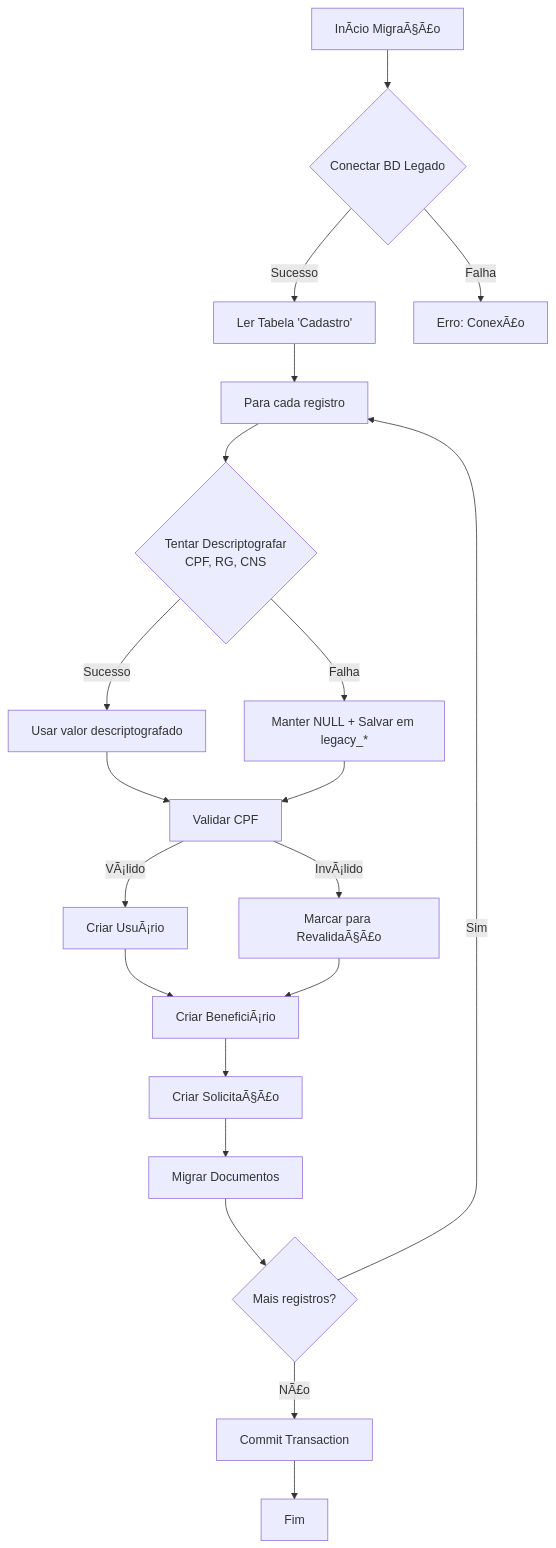
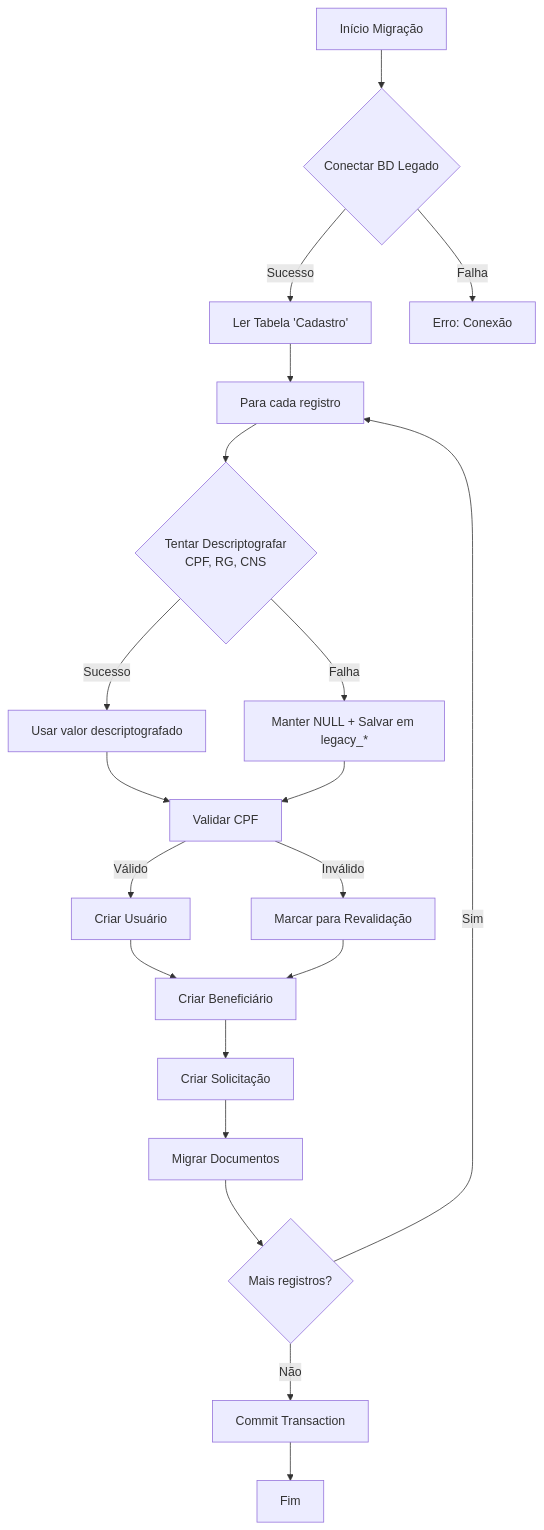
One commit to vhpontes/portal-inclusao-showcase changed the second of 2 diagrams in docs/architecture/database_schema.md. Above: the diagram before and after it, drawn with Mermaid. The commit also changed other lines of this file and 17 other files, not shown here.

````diff
--- a/docs/architecture/database_schema.md
+++ b/docs/architecture/database_schema.md
@@ -215,29 +215,29 @@
 ```mermaid
 flowchart TD
-    A[InÃ­cio MigraÃ§Ã£o] --> B{Conectar BD Legado}
+    A[Início Migração] --> B{Conectar BD Legado}
     B -->|Sucesso| C[Ler Tabela 'Cadastro']
-    B -->|Falha| Z[Erro: ConexÃ£o]
+    B -->|Falha| Z[Erro: Conexão]
     
     C --> D[Para cada registro]
     D --> E{Tentar Descriptografar<br/>CPF, RG, CNS}
     
     E -->|Sucesso| F[Usar valor descriptografado]
     E -->|Falha| G[Manter NULL + Salvar em legacy_*]
     
     F --> H[Validar CPF]
     G --> H
     
-    H -->|VÃ¡lido| I[Criar UsuÃ¡rio]
-    H -->|InvÃ¡lido| J[Marcar para RevalidaÃ§Ã£o]
+    H -->|Válido| I[Criar Usuário]
+    H -->|Inválido| J[Marcar para Revalidação]
     
-    I --> K[Criar BeneficiÃ¡rio]
+    I --> K[Criar Beneficiário]
     J --> K
     
-    K --> L[Criar SolicitaÃ§Ã£o]
+    K --> L[Criar Solicitação]
     L --> M[Migrar Documentos]
     M --> N{Mais registros?}
     
     N -->|Sim| D
-    N -->|NÃ£o| O[Commit Transaction]
+    N -->|Não| O[Commit Transaction]
     O --> P[Fim]
 ```
````
